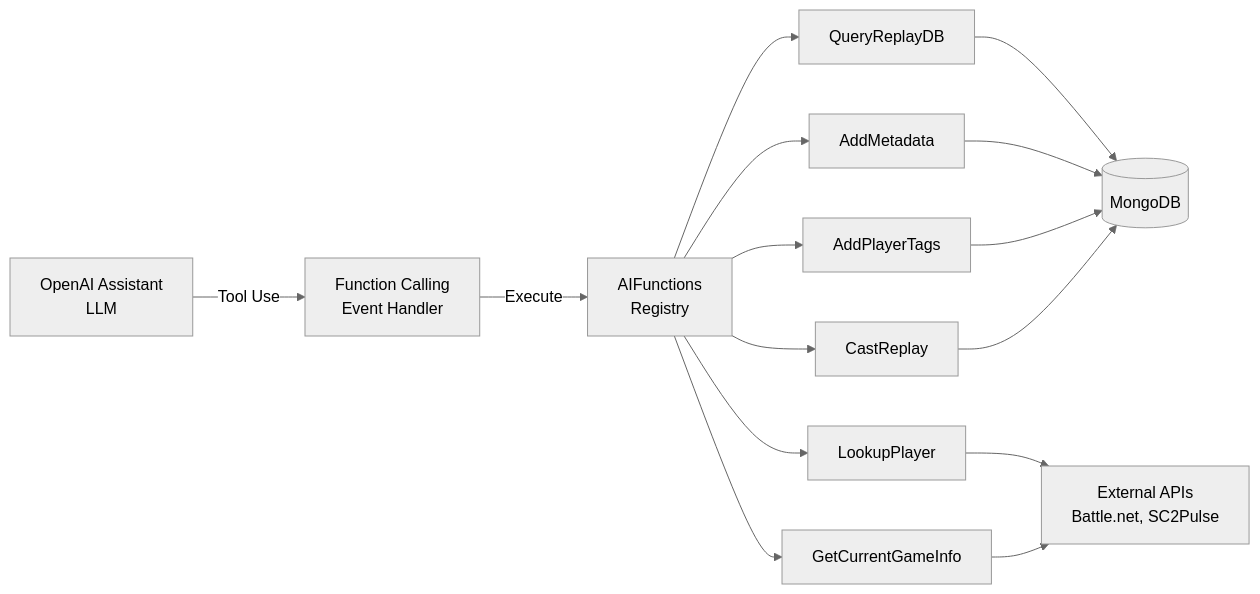
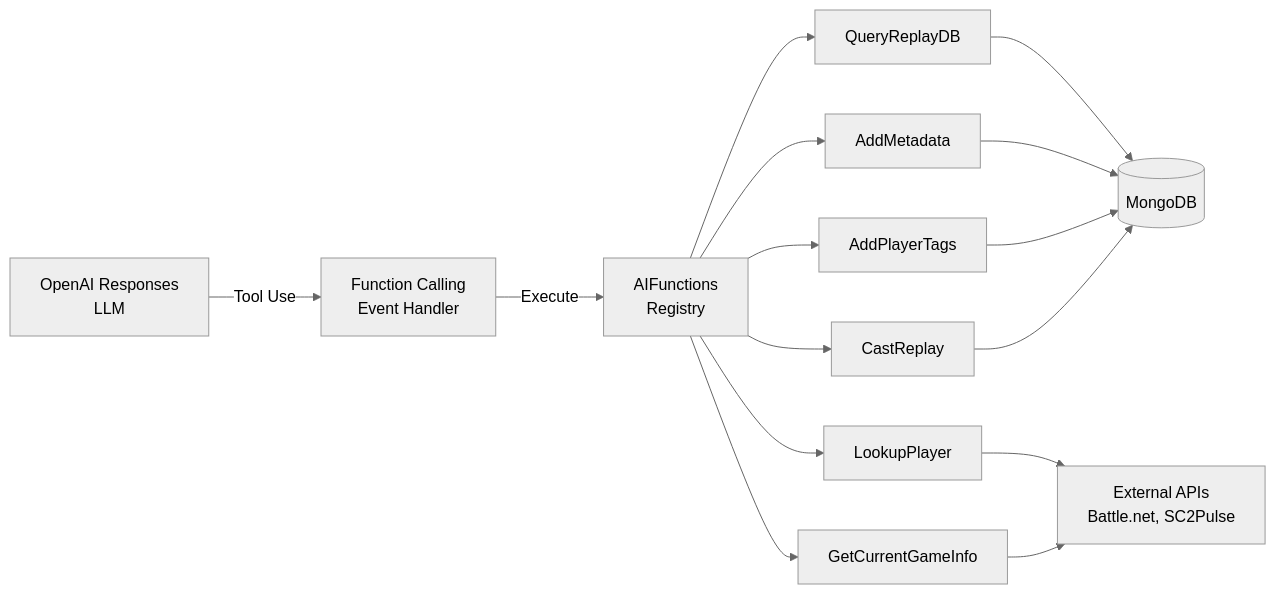
One commit to manuelseeger/sc2-ai-coach changed the third of 7 diagrams in spec/architecture.md. Above: the diagram before and after it, drawn with Mermaid (neutral theme). The commit also changed other lines of this file and 33 other files, not shown here.

````diff
--- a/spec/architecture.md
+++ b/spec/architecture.md
@@ -187,29 +188,29 @@
 ```mermaid
 graph LR
-    LLM["OpenAI Assistant
+    LLM["OpenAI Responses
     LLM"]
     FC["Function Calling
     Event Handler"]
     AIFuncs["AIFunctions
     Registry"]
     QRP["QueryReplayDB"]
     LP["LookupPlayer"]
     CGI["GetCurrentGameInfo"]
     AM["AddMetadata"]
     APT["AddPlayerTags"]
     CR["CastReplay"]
     DB[(MongoDB)]
     APIs["External APIs
     Battle.net, SC2Pulse"]
     
     LLM -->|Tool Use| FC
     FC -->|Execute| AIFuncs
     AIFuncs --> QRP & LP & CGI & AM & APT & CR
     
     QRP --> DB
     LP --> APIs
     CGI --> APIs
     AM --> DB
     APT --> DB
     CR --> DB
 ```
````
